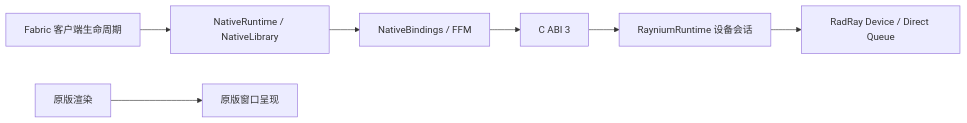
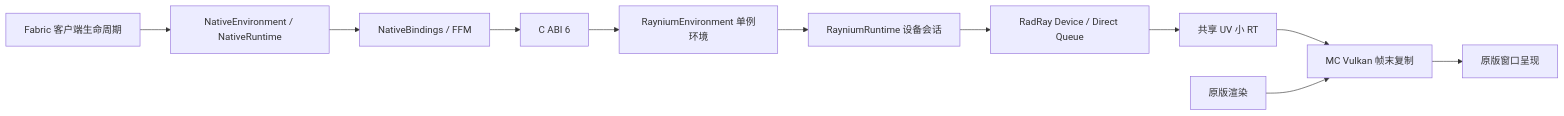
Before and after one commit to ksgfk/Raynium: the diagram in doc/architecture/overview.md, drawn with Mermaid. The commit also changed other lines of this file and 45 other files, not shown here.

````diff
--- a/doc/architecture/overview.md
+++ b/doc/architecture/overview.md
@@ -28,9 +31,13 @@
 ```mermaid
 flowchart LR
-    Lifecycle[Fabric 客户端生命周期] --> Java[NativeRuntime / NativeLibrary]
+    Lifecycle[Fabric 客户端生命周期] --> Java[NativeEnvironment / NativeRuntime]
     Java --> FFM[NativeBindings / FFM]
-    FFM --> ABI[C ABI 3]
-    ABI --> Runtime[RayniumRuntime 设备会话]
+    FFM --> ABI[C ABI 6]
+    ABI --> Env[RayniumEnvironment 单例环境]
+    Env --> Runtime[RayniumRuntime 设备会话]
     Runtime --> RHI[RadRay Device / Direct Queue]
-    MC[原版渲染] --> Surface[原版窗口呈现]
+    RHI --> RT[共享 UV 小 RT]
+    RT --> Copy[MC Vulkan 帧末复制]
+    MC[原版渲染] --> Copy
+    Copy --> Surface[原版窗口呈现]
 ```
````
